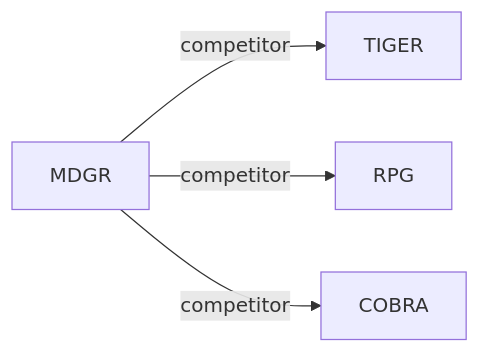
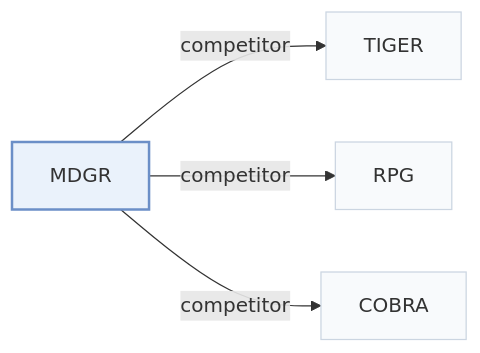
One commit to Galaxy-ghost/Awesome-SID-Generative-Rec changed the second of 2 diagrams in pages/papers/mdgr.md. Above: the diagram before and after it, drawn with Mermaid. The commit also changed other lines of this file and 649 other files, not shown here.

Commit message:
writer-05: also tags and modality index (schema, check, build, visuals); summary field removed; calibration data for 12 papers

````diff
--- a/pages/papers/mdgr.md
+++ b/pages/papers/mdgr.md
@@ -69,7 +73,11 @@
 ```mermaid
 flowchart LR
     P["MDGR"]
-    P -->|competitor| A["TIGER"]
-    P -->|competitor| B["RPG"]
-    P -->|competitor| C["COBRA"]
+    P -->|"competitor"| A["TIGER"]
+    P -->|"competitor"| B["RPG"]
+    P -->|"competitor"| C["COBRA"]
+    classDef main fill:#eaf2fb,stroke:#6b8fc7,stroke-width:2px
+    classDef peer fill:#f8fafc,stroke:#cbd5e1
+    class P main
+    class A,B,C peer
 ```
````
